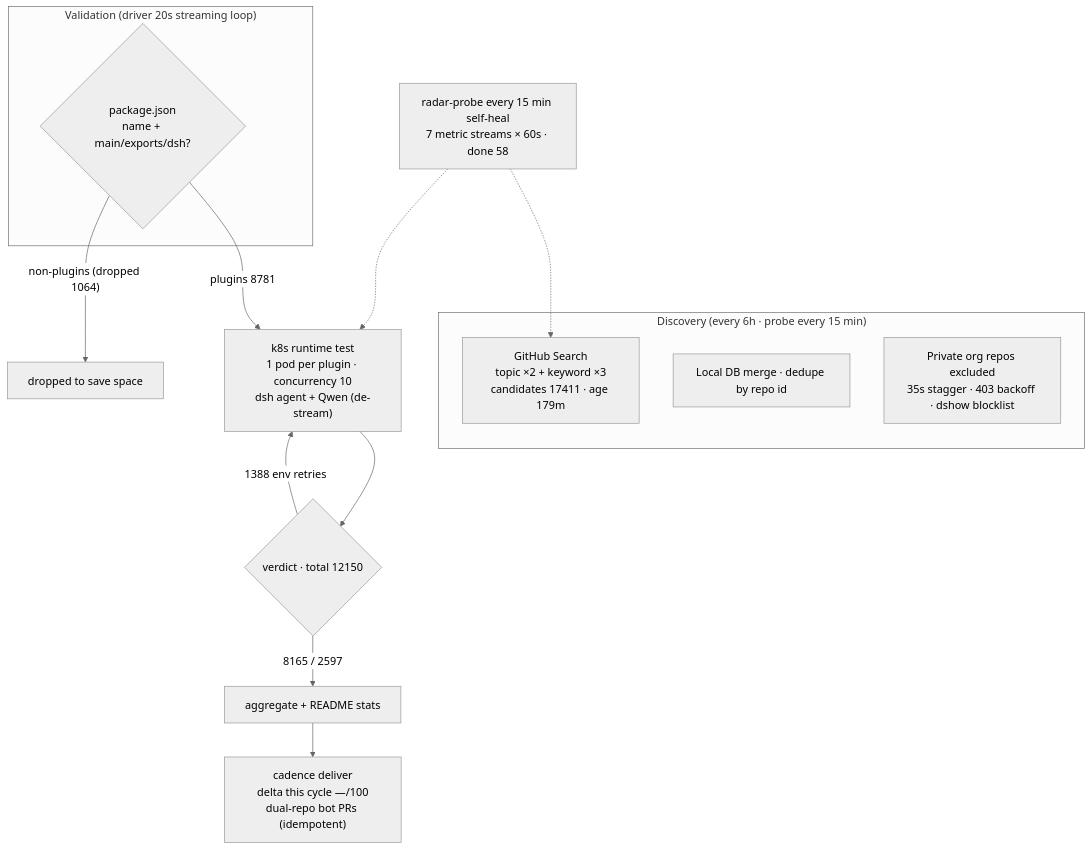
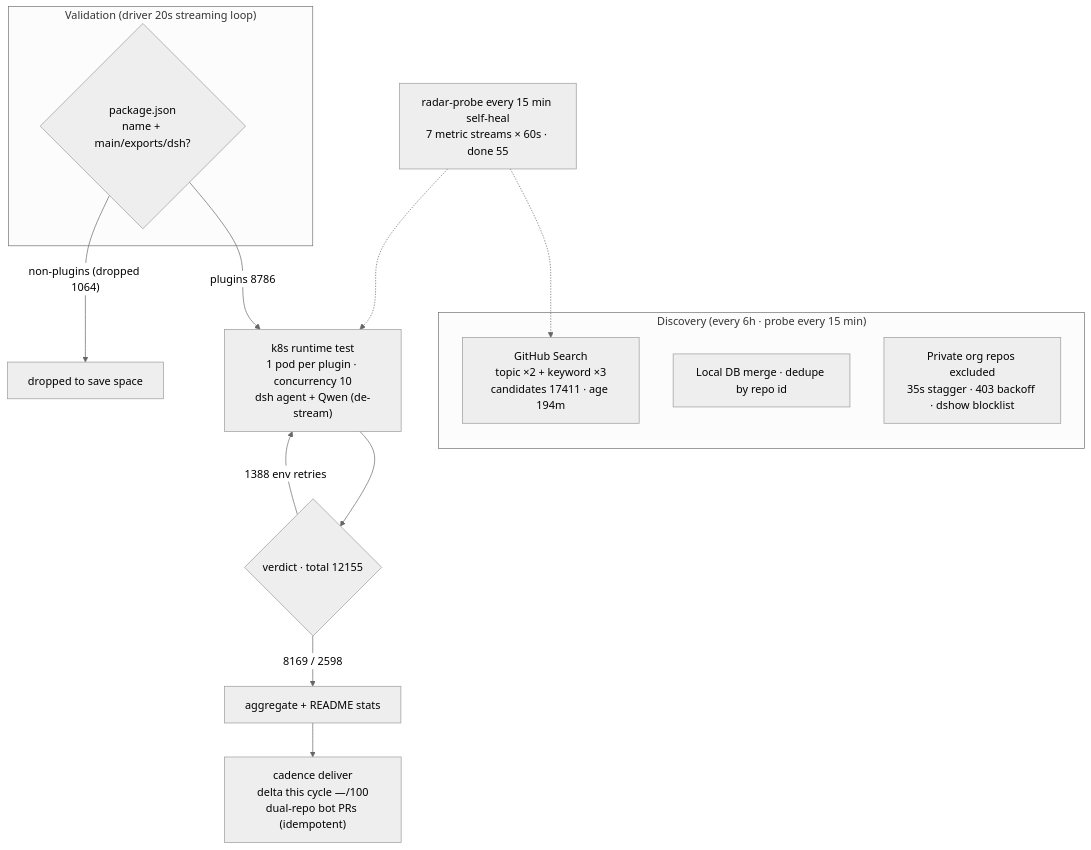
Before and after one commit to AdamPlatin123/awesome-dsh-plugins: the diagram in README.en-US.md, drawn with Mermaid (neutral theme). The commit also changed other lines of this file and 5 other files, not shown here.

````diff
--- a/README.en-US.md
+++ b/README.en-US.md
@@ -45,20 +45,20 @@
 ```mermaid
 flowchart TB
     subgraph Discovery["Discovery (every 6h · probe every 15 min)"]
-        A1["GitHub Search<br/>topic ×2 + keyword ×3<br/>candidates 17411 · age 179m"]
+        A1["GitHub Search<br/>topic ×2 + keyword ×3<br/>candidates 17411 · age 194m"]
         A2["Local DB merge · dedupe by repo id"]
         A3["Private org repos excluded<br/>35s stagger · 403 backoff · dshow blocklist"]
     end
     subgraph Validation["Validation (driver 20s streaming loop)"]
         B1{"package.json<br/>name + main/exports/dsh?"}
     end
-    B1 -->|"plugins 8781"| C1["k8s runtime test<br/>1 pod per plugin · concurrency 10<br/>dsh agent + Qwen (de-stream)"]
+    B1 -->|"plugins 8786"| C1["k8s runtime test<br/>1 pod per plugin · concurrency 10<br/>dsh agent + Qwen (de-stream)"]
     B1 -->|"non-plugins (dropped 1064)"| B3["dropped to save space"]
-    C1 --> D1{"verdict · total 12150"}
-    D1 -->|"8165 / 2597"| E1["aggregate + README stats"]
+    C1 --> D1{"verdict · total 12155"}
+    D1 -->|"8169 / 2598"| E1["aggregate + README stats"]
     D1 -->|"1388 env retries"| C1
     E1 --> E2["cadence deliver<br/>delta this cycle —/100<br/>dual-repo bot PRs (idempotent)"]
-    M["radar-probe every 15 min self-heal<br/>7 metric streams × 60s · done 58"]
+    M["radar-probe every 15 min self-heal<br/>7 metric streams × 60s · done 55"]
     M -.-> A1
     M -.-> C1
 ```
````
